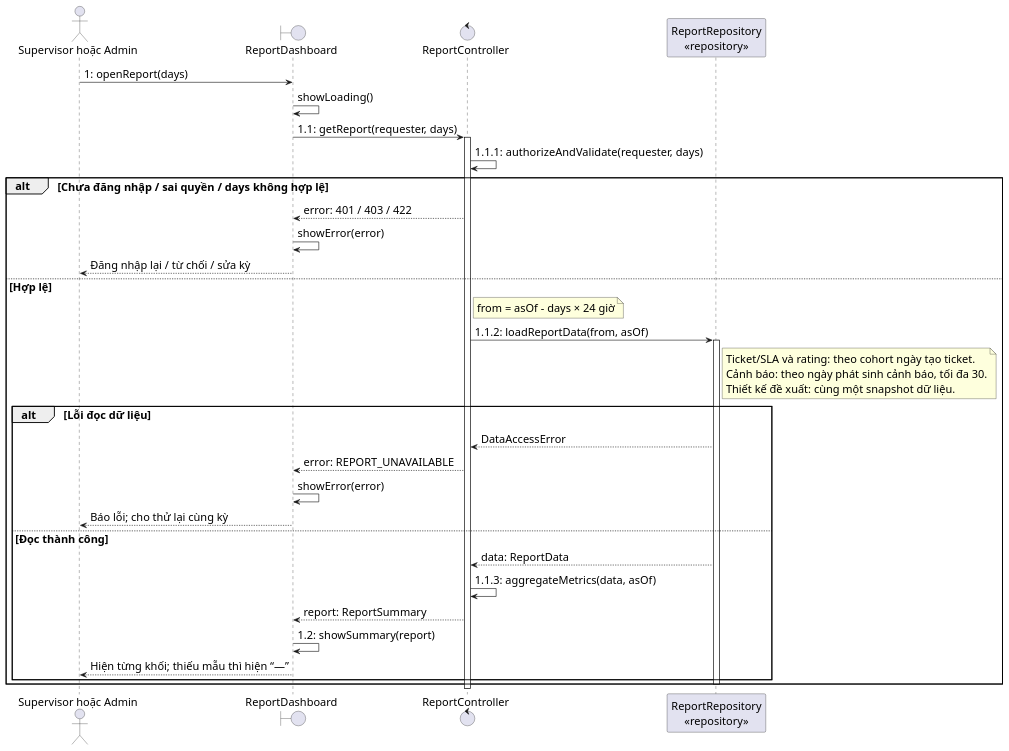
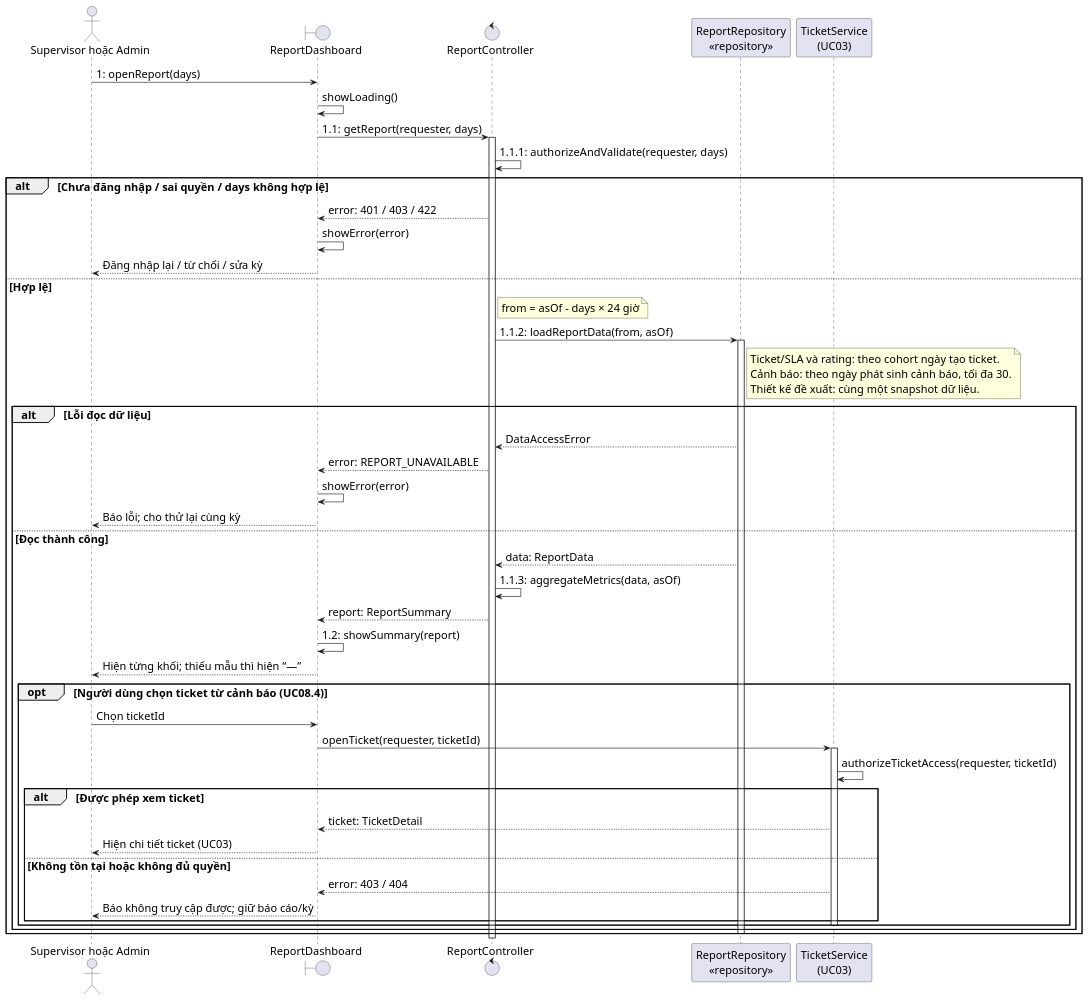
Before and after one commit to nhankotu/PTTKHT-Helpdesk: the diagram in docs/TV5-UC08-Bao-cao/uc08-sequence.puml, drawn with PlantUML. The commit also changed 6 other files, not shown here.

```diff
--- a/docs/TV5-UC08-Bao-cao/uc08-sequence.puml
+++ b/docs/TV5-UC08-Bao-cao/uc08-sequence.puml
@@ -1,42 +1,57 @@
 @startuml
 skinparam defaultFontName Segoe UI
 skinparam defaultFontSize 18
 skinparam shadowing false
 actor "Supervisor hoặc Admin" as User
 boundary ReportDashboard as UI
 control ReportController as RC
 participant "ReportRepository\n<<repository>>" as Repo
+participant "TicketService\n(UC03)" as Ticket
 User -> UI: 1: openReport(days)
 UI -> UI: showLoading()
 UI -> RC: 1.1: getReport(requester, days)
 activate RC
 RC -> RC: 1.1.1: authorizeAndValidate(requester, days)
 alt Chưa đăng nhập / sai quyền / days không hợp lệ
   RC --> UI: error: 401 / 403 / 422
   UI -> UI: showError(error)
   UI --> User: Đăng nhập lại / từ chối / sửa kỳ
 else Hợp lệ
   note right of RC: from = asOf - days × 24 giờ
   RC -> Repo: 1.1.2: loadReportData(from, asOf)
   activate Repo
   note right of Repo
     Ticket/SLA và rating: theo cohort ngày tạo ticket.
     Cảnh báo: theo ngày phát sinh cảnh báo, tối đa 30.
     Thiết kế đề xuất: cùng một snapshot dữ liệu.
   end note
   alt Lỗi đọc dữ liệu
     Repo --> RC: DataAccessError
     RC --> UI: error: REPORT_UNAVAILABLE
     UI -> UI: showError(error)
     UI --> User: Báo lỗi; cho thử lại cùng kỳ
   else Đọc thành công
     Repo --> RC: data: ReportData
     RC -> RC: 1.1.3: aggregateMetrics(data, asOf)
     RC --> UI: report: ReportSummary
     UI -> UI: 1.2: showSummary(report)
     UI --> User: Hiện từng khối; thiếu mẫu thì hiện “—”
+    opt Người dùng chọn ticket từ cảnh báo (UC08.4)
+      User -> UI: Chọn ticketId
+      UI -> Ticket: openTicket(requester, ticketId)
+      activate Ticket
+      Ticket -> Ticket: authorizeTicketAccess(requester, ticketId)
+      alt Được phép xem ticket
+        Ticket --> UI: ticket: TicketDetail
+        UI --> User: Hiện chi tiết ticket (UC03)
+      else Không tồn tại hoặc không đủ quyền
+        Ticket --> UI: error: 403 / 404
+        UI --> User: Báo không truy cập được; giữ báo cáo/kỳ
+      end
+      deactivate Ticket
+    end
   end
   deactivate Repo
 end
 deactivate RC
 @enduml
```
